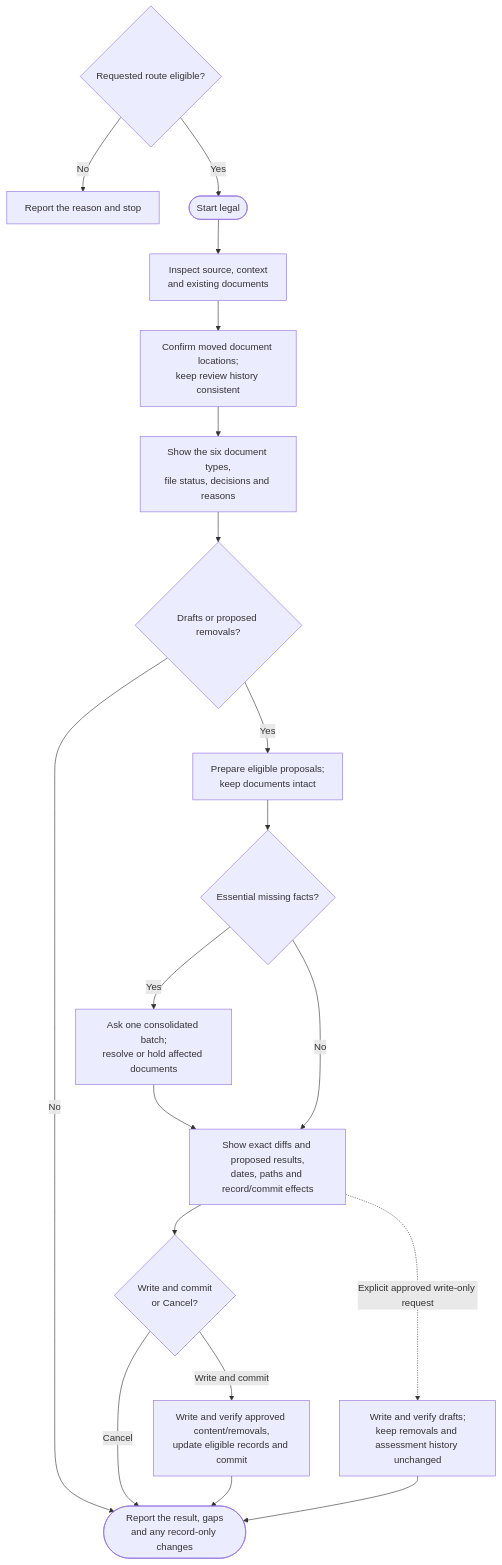
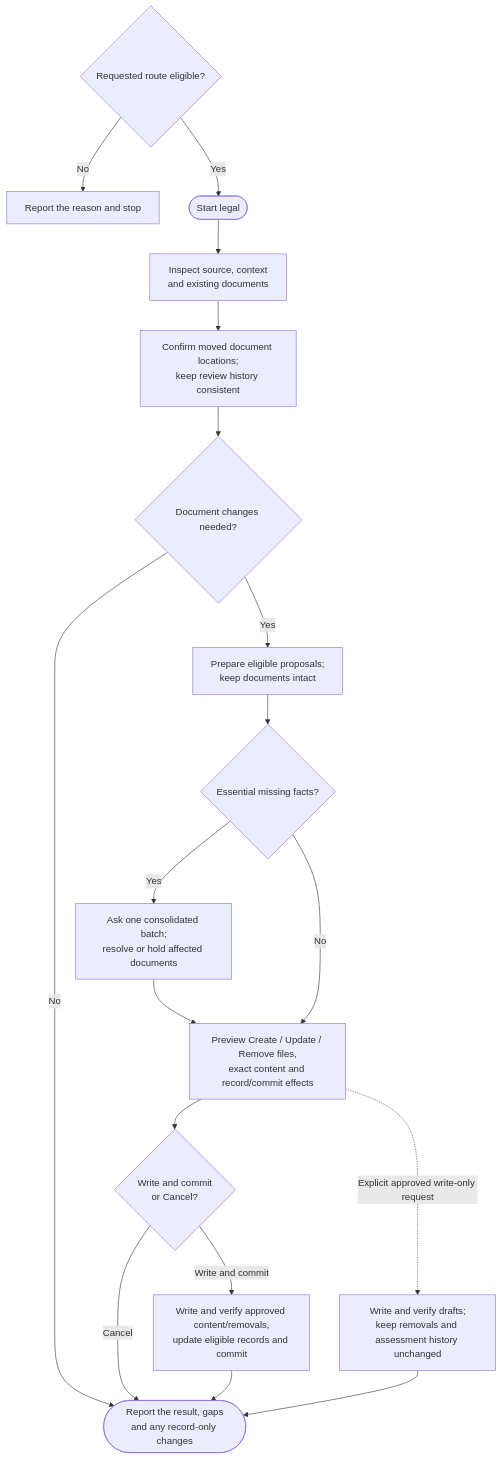
The diagram in docs/commands/legal/detailed.md (myowinthein/agent-helm), drawn with Mermaid before and after one commit. The commit also changed other lines of this file and 2 other files, not shown here.

First line of the commit message:
fix(legal): focus review on affected file previews

````diff
--- a/docs/commands/legal/detailed.md
+++ b/docs/commands/legal/detailed.md
@@ -22,21 +22,20 @@
 ```mermaid
 flowchart TD
   Entry{"Requested route eligible?"} -->|No| Blocked["Report the reason and stop"]
   Entry -->|Yes| Start
   Start(["Start legal"]) --> Inspect["Inspect source, context<br/>and existing documents"]
   Inspect --> Reconcile["Confirm moved document locations;<br/>keep review history consistent"]
-  Reconcile --> Table["Show the six document types,<br/>file status, decisions and reasons"]
-  Table --> Needed{"Drafts or proposed removals?"}
+  Reconcile --> Needed{"Document changes needed?"}
   Needed -->|No| End(["Report the result, gaps<br/>and any record-only changes"])
   Needed -->|Yes| Draft["Prepare eligible proposals;<br/>keep documents intact"]
   Draft --> Facts{"Essential missing facts?"}
   Facts -->|Yes| Ask["Ask one consolidated batch;<br/>resolve or hold affected documents"]
-  Facts -->|No| Review["Show exact diffs and proposed results,<br/>dates, paths and record/commit effects"]
+  Facts -->|No| Review["Preview Create / Update / Remove files,<br/>exact content and record/commit effects"]
   Ask --> Review
   Review --> Approval{"Write and commit<br/>or Cancel?"}
   Approval -->|Cancel| End
   Approval -->|Write and commit| Save["Write and verify approved content/removals,<br/>update eligible records and commit"]
   Review -.->|Explicit approved write-only request| Files["Write and verify drafts;<br/>keep removals and assessment history unchanged"]
   Files --> End
   Save --> End
 ```
````
